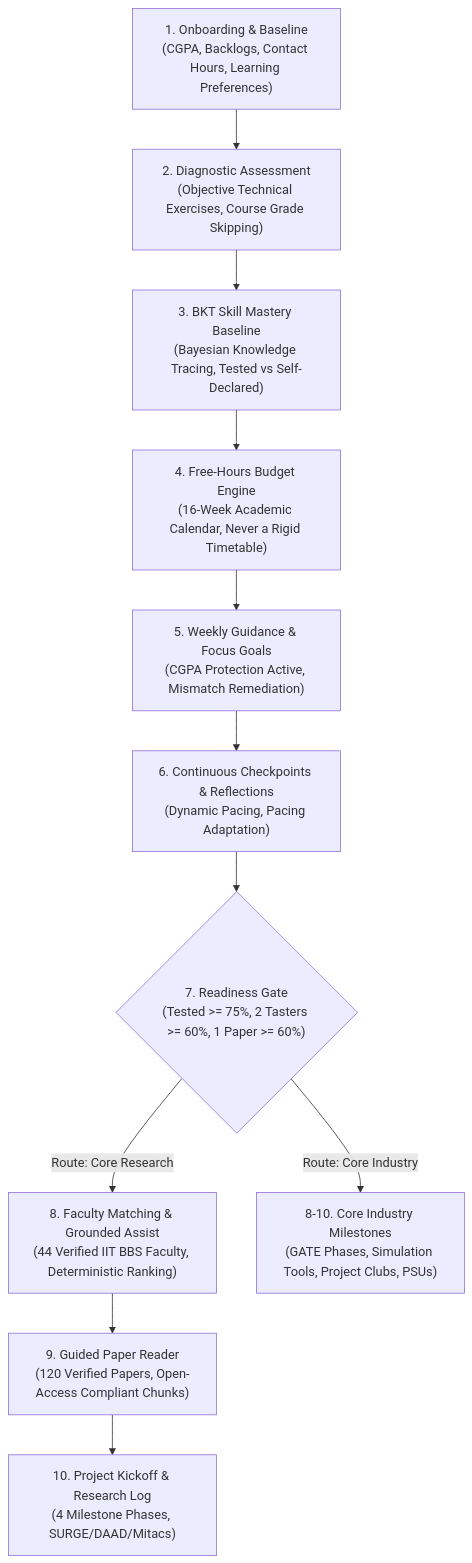
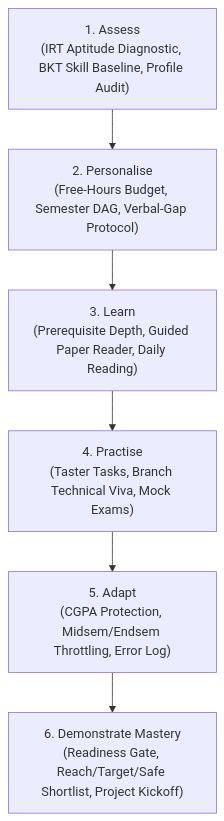
One commit to SusheelSagar4/EBuddy changed the diagram in summary.md. Above: the diagram before and after it, drawn with Mermaid. The commit also changed other lines of this file, not shown here.

Commit message:
docs: unify Core to Core and Core to MBA summaries in summary.md

````diff
--- a/summary.md
+++ b/summary.md
@@ -16,13 +17,8 @@
 ```mermaid
 flowchart TD
-    Onboarding["1. Onboarding & Baseline<br/>(CGPA, Backlogs, Contact Hours, Learning Preferences)"] --> Diagnostic["2. Diagnostic Assessment<br/>(Objective Technical Exercises, Course Grade Skipping)"]
-    Diagnostic --> SkillState["3. BKT Skill Mastery Baseline<br/>(Bayesian Knowledge Tracing, Tested vs Self-Declared)"]
-    SkillState --> FreeHours["4. Free-Hours Budget Engine<br/>(16-Week Academic Calendar, Never a Rigid Timetable)"]
-    FreeHours --> Guidance["5. Weekly Guidance & Focus Goals<br/>(CGPA Protection Active, Mismatch Remediation)"]
-    Guidance --> Checkpoints["6. Continuous Checkpoints & Reflections<br/>(Dynamic Pacing, Pacing Adaptation)"]
-    Checkpoints --> Gate{"7. Readiness Gate<br/>(Tested >= 75%, 2 Tasters >= 60%, 1 Paper >= 60%)"}
-    Gate -- "Route: Core Research" --> Match["8. Faculty Matching & Grounded Assist<br/>(44 Verified IIT BBS Faculty, Deterministic Ranking)"]
-    Match --> Reader["9. Guided Paper Reader<br/>(120 Verified Papers, Open-Access Compliant Chunks)"]
-    Reader --> Kickoff["10. Project Kickoff & Research Log<br/>(4 Milestone Phases, SURGE/DAAD/Mitacs)"]
-    Gate -- "Route: Core Industry" --> Industry["8-10. Core Industry Milestones<br/>(GATE Phases, Simulation Tools, Project Clubs, PSUs)"]
+    Assess["1. Assess<br/>(IRT Aptitude Diagnostic, BKT Skill Baseline, Profile Audit)"] --> Personalise["2. Personalise<br/>(Free-Hours Budget, Semester DAG, Verbal-Gap Protocol)"]
+    Personalise --> Learn["3. Learn<br/>(Prerequisite Depth, Guided Paper Reader, Daily Reading)"]
+    Learn --> Practise["4. Practise<br/>(Taster Tasks, Branch Technical Viva, Mock Exams)"]
+    Practise --> Adapt["5. Adapt<br/>(CGPA Protection, Midsem/Endsem Throttling, Error Log)"]
+    Adapt --> Mastery["6. Demonstrate Mastery<br/>(Readiness Gate, Reach/Target/Safe Shortlist, Project Kickoff)"]
 ```
````
